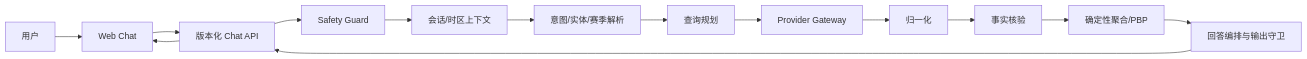
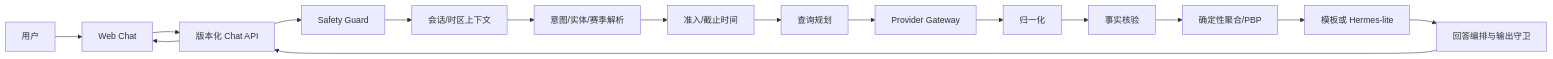
Before and after one commit to vchive/NBAAgent: the diagram in docs/solution.md, drawn with Mermaid. The commit also changed other lines of this file and 6 other files, not shown here.

Commit message:
docs: detail Hermes-lite HLD and LLD

````diff
--- a/docs/solution.md
+++ b/docs/solution.md
@@ -20,16 +20,18 @@
 ```mermaid
 flowchart LR
   U[用户] --> UI[Web Chat]
   UI --> API[版本化 Chat API]
   API --> SG[Safety Guard]
   SG --> CTX[会话/时区上下文]
   CTX --> PARSE[意图/实体/赛季解析]
-  PARSE --> PLAN[查询规划]
+  PARSE --> ADM[准入/截止时间]
+  ADM --> PLAN[查询规划]
   PLAN --> PG[Provider Gateway]
   PG --> NORM[归一化]
   NORM --> VERIFY[事实核验]
   VERIFY --> DERIVE[确定性聚合/PBP]
-  DERIVE --> COMPOSE[回答编排与输出守卫]
+  DERIVE --> SELECT[模板或 Hermes-lite]
+  SELECT --> COMPOSE[回答编排与输出守卫]
   COMPOSE --> API
   API --> UI
 ```
````
